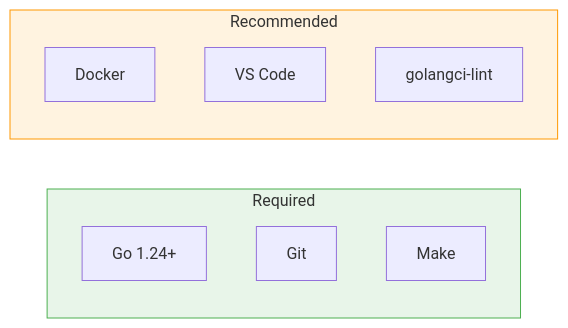
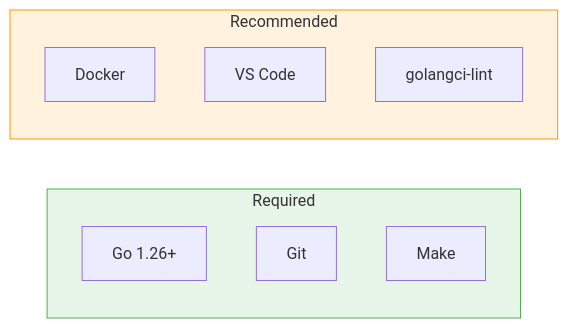
Before and after one commit to telemetryflow/telemetryflow-overview: the second of 14 diagrams in mcp/DEVELOPMENT.md, drawn with Mermaid. The commit also changed other lines of this file and 68 other files, not shown here.

````diff
--- a/mcp/DEVELOPMENT.md
+++ b/mcp/DEVELOPMENT.md
@@ -63,17 +63,17 @@
 ```mermaid
 flowchart LR
     subgraph Required["Required"]
-        GO["Go 1.24+"]
+        GO["Go 1.26+"]
         GIT["Git"]
         MAKE["Make"]
     end
 
     subgraph Recommended["Recommended"]
         DOCKER["Docker"]
         VSCODE["VS Code"]
         LINT["golangci-lint"]
     end
 
     style Required fill:#e8f5e9,stroke:#4caf50
     style Recommended fill:#fff3e0,stroke:#ff9800
 ```
````
